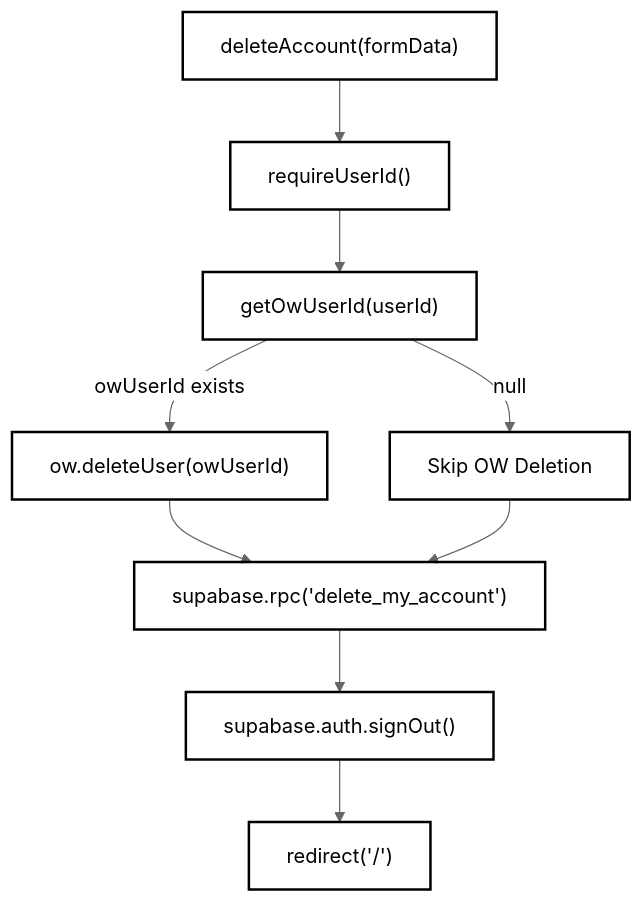
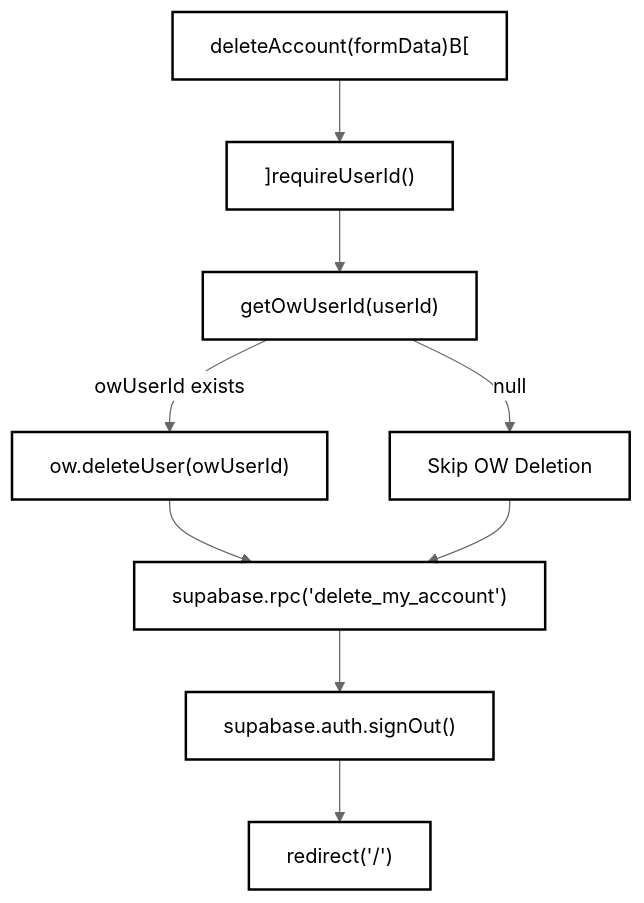
Before and after one commit to jarrettheflin/immune-fit-Devin-Wiki: the second of 2 diagrams in pages/3.4-onboarding-settings.md, drawn with Mermaid (neutral theme). The commit also changed other lines of this file and 22 other files, not shown here.

Commit message:
Repair Mermaid syntax so all 67 diagrams render on GitHub

````diff
--- a/pages/3.4-onboarding-settings.md
+++ b/pages/3.4-onboarding-settings.md
@@ -178,20 +178,20 @@
 ```mermaid
 graph TD
-    A["deleteAccount(formData)"] --> B["requireUserId()"]
+    A["deleteAccount(formData)B["] --> B["]requireUserId()"]
     B --> C["getOwUserId(userId)"]
-    C -->|owUserId exists| D["ow.deleteUser(owUserId)"]
-    C -->|null| E["Skip OW Deletion"]
+    C -->|"owUserId exists"| D["ow.deleteUser(owUserId)"]
+    C -->|"null"| E["Skip OW Deletion"]
     D --> F["supabase.rpc('delete_my_account')"]
     E --> F
     F --> G["supabase.auth.signOut()"]
     G --> H["redirect('/')"]
 
     style A fill:none,stroke:#000,stroke-width:2px
     style B fill:none,stroke:#000,stroke-width:2px
     style C fill:none,stroke:#000,stroke-width:2px
     style D fill:none,stroke:#000,stroke-width:2px
     style E fill:none,stroke:#000,stroke-width:2px
     style F fill:none,stroke:#000,stroke-width:2px
     style G fill:none,stroke:#000,stroke-width:2px
     style H fill:none,stroke:#000,stroke-width:2px
 ```
````
